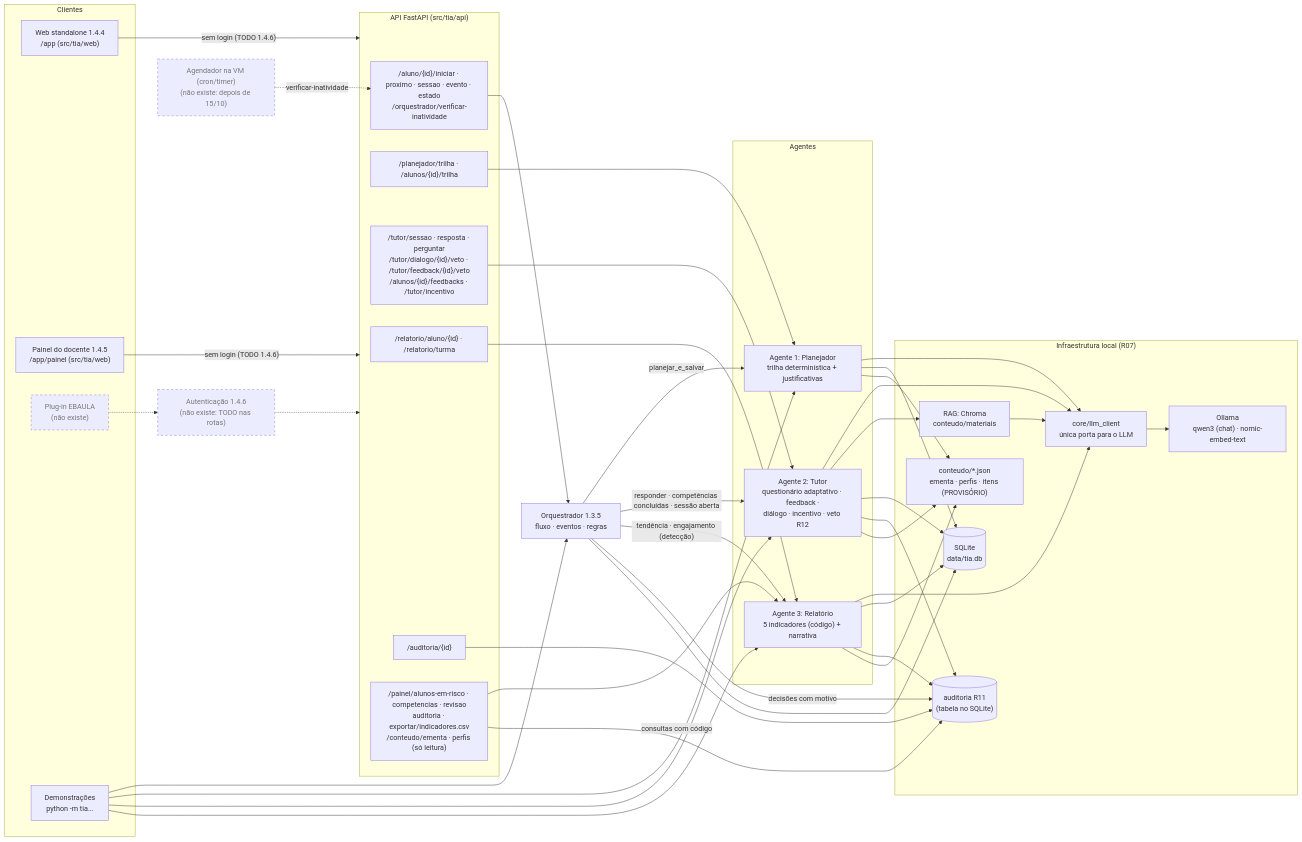
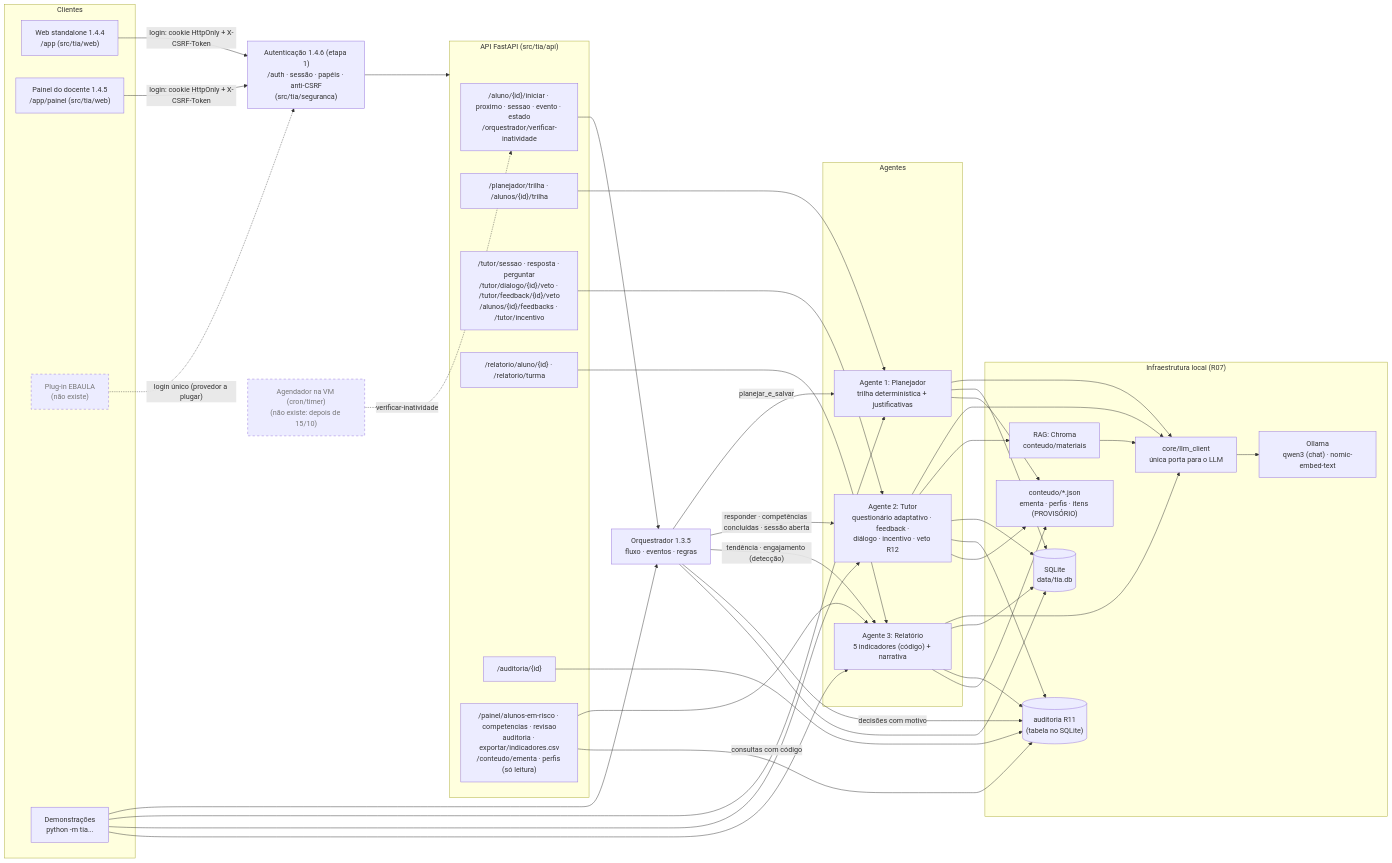
One commit to AdrianoPortes403/tia-projeto changed the first of 2 diagrams in docs/arquitetura/arquitetura.md. Above: the diagram before and after it, drawn with Mermaid. The commit also changed other lines of this file and 43 other files, not shown here.

Commit message:
feat: autenticação com papéis (aluno, docente, admin), CSRF, limite de tentativas, auditoria com usuário; idempotência respeita veto; concluído não é inativo

````diff
--- a/docs/arquitetura/arquitetura.md
+++ b/docs/arquitetura/arquitetura.md
@@ -11,67 +11,67 @@
 ```mermaid
 flowchart LR
     subgraph Clientes
         WEB["Web standalone 1.4.4<br/>/app (src/tia/web)"]
         DASH["Painel do docente 1.4.5<br/>/app/painel (src/tia/web)"]
         EBA["Plug-in EBAULA<br/>(não existe)"]:::futuro
         CLI["Demonstrações<br/>python -m tia..."]
     end
 
-    AUTH["Autenticação 1.4.6<br/>(não existe: TODO nas rotas)"]:::futuro
+    AUTH["Autenticação 1.4.6 (etapa 1)<br/>/auth · sessão · papéis · anti-CSRF<br/>(src/tia/seguranca)"]
     CRON["Agendador na VM (cron/timer)<br/>(não existe: depois de 15/10)"]:::futuro
 
     subgraph API["API FastAPI (src/tia/api)"]
         RORQ["/aluno/{id}/iniciar · proximo · sessao · evento · estado<br/>/orquestrador/verificar-inatividade"]
         RPLAN["/planejador/trilha · /alunos/{id}/trilha"]
         RTUT["/tutor/sessao · resposta · perguntar<br/>/tutor/dialogo/{id}/veto · /tutor/feedback/{id}/veto<br/>/alunos/{id}/feedbacks · /tutor/incentivo"]
         RREL["/relatorio/aluno/{id} · /relatorio/turma"]
         RAUD["/auditoria/{id}"]
         RPAI["/painel/alunos-em-risco · competencias · revisao<br/>auditoria · exportar/indicadores.csv<br/>/conteudo/ementa · perfis (só leitura)"]
     end
 
     ORQ["Orquestrador 1.3.5<br/>fluxo · eventos · regras"]
 
     subgraph Agentes
         A1["Agente 1: Planejador<br/>trilha determinística + justificativas"]
         A2["Agente 2: Tutor<br/>questionário adaptativo · feedback ·<br/>diálogo · incentivo · veto R12"]
         A3["Agente 3: Relatório<br/>5 indicadores (código) + narrativa"]
     end
 
     subgraph Infra["Infraestrutura local (R07)"]
         LLM["core/llm_client<br/>única porta para o LLM"]
         OLL["Ollama<br/>qwen3 (chat) · nomic-embed-text"]
         RAG["RAG: Chroma<br/>conteudo/materiais"]
         DB[("SQLite<br/>data/tia.db")]
         AUD[("auditoria R11<br/>(tabela no SQLite)")]
         CONT["conteudo/*.json<br/>ementa · perfis · itens (PROVISÓRIO)"]
     end
 
-    WEB & DASH -->|"sem login (TODO 1.4.6)"| API
-    EBA -.-> AUTH -.-> API
+    WEB & DASH -->|"login: cookie HttpOnly + X-CSRF-Token"| AUTH --> API
+    EBA -.->|"login único (provedor a plugar)"| AUTH
     CRON -.->|"verificar-inatividade"| RORQ
     CLI --> ORQ & A1 & A2 & A3
     RORQ --> ORQ
     RPLAN --> A1
     RTUT --> A2
     RREL --> A3
     RAUD --> AUD
     RPAI --> A3
     RPAI -->|"consultas com código"| AUD
 
     ORQ -->|"planejar_e_salvar"| A1
     ORQ -->|"responder · competências concluídas · sessão aberta"| A2
     ORQ -->|"tendência · engajamento (detecção)"| A3
     ORQ -->|"decisões com motivo"| AUD
 
     A1 --> LLM
     A2 --> LLM
     A3 --> LLM
     A2 --> RAG
     RAG --> LLM
     LLM --> OLL
     A1 & A2 & A3 & ORQ --> DB
     A2 & A3 --> AUD
     A1 & A2 & A3 --> CONT
 
     classDef futuro stroke-dasharray: 5 5,color:#777
 ```
````
